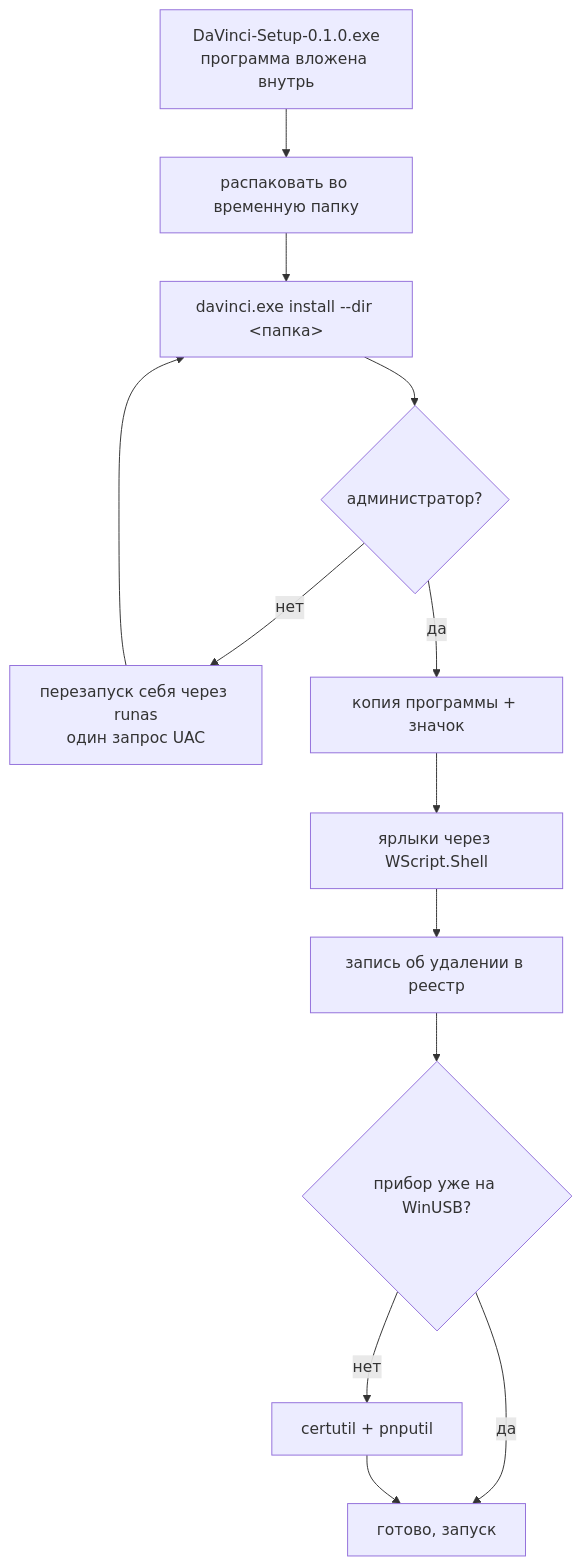
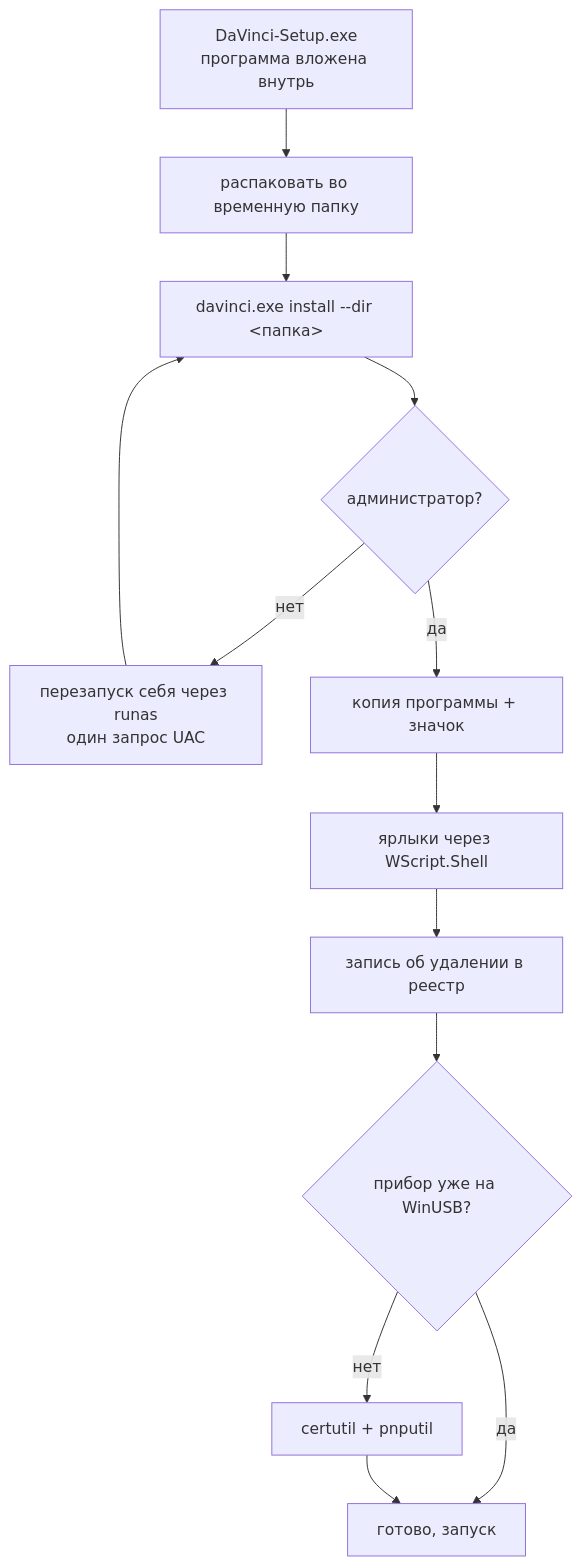
One commit to Ydjin1984/hantek-da-vinci changed the diagram in docs/INSTALL.md. Above: the diagram before and after it, drawn with Mermaid. The commit also changed other lines of this file and 6 other files, not shown here.

````diff
--- a/docs/INSTALL.md
+++ b/docs/INSTALL.md
@@ -39,15 +39,15 @@
 ```mermaid
 flowchart TD
-    A["DaVinci-Setup-0.1.0.exe<br/>программа вложена внутрь"] --> B["распаковать во временную папку"]
+    A["DaVinci-Setup.exe<br/>программа вложена внутрь"] --> B["распаковать во временную папку"]
     B --> C["davinci.exe install --dir &lt;папка&gt;"]
     C --> D{"администратор?"}
     D -- нет --> E["перезапуск себя через runas<br/>один запрос UAC"]
     E --> C
     D -- да --> F["копия программы + значок"]
     F --> G["ярлыки через WScript.Shell"]
     G --> H["запись об удалении в реестр"]
     H --> I{"прибор уже на WinUSB?"}
     I -- да --> K["готово, запуск"]
     I -- нет --> J["certutil + pnputil"]
     J --> K
 ```
````
